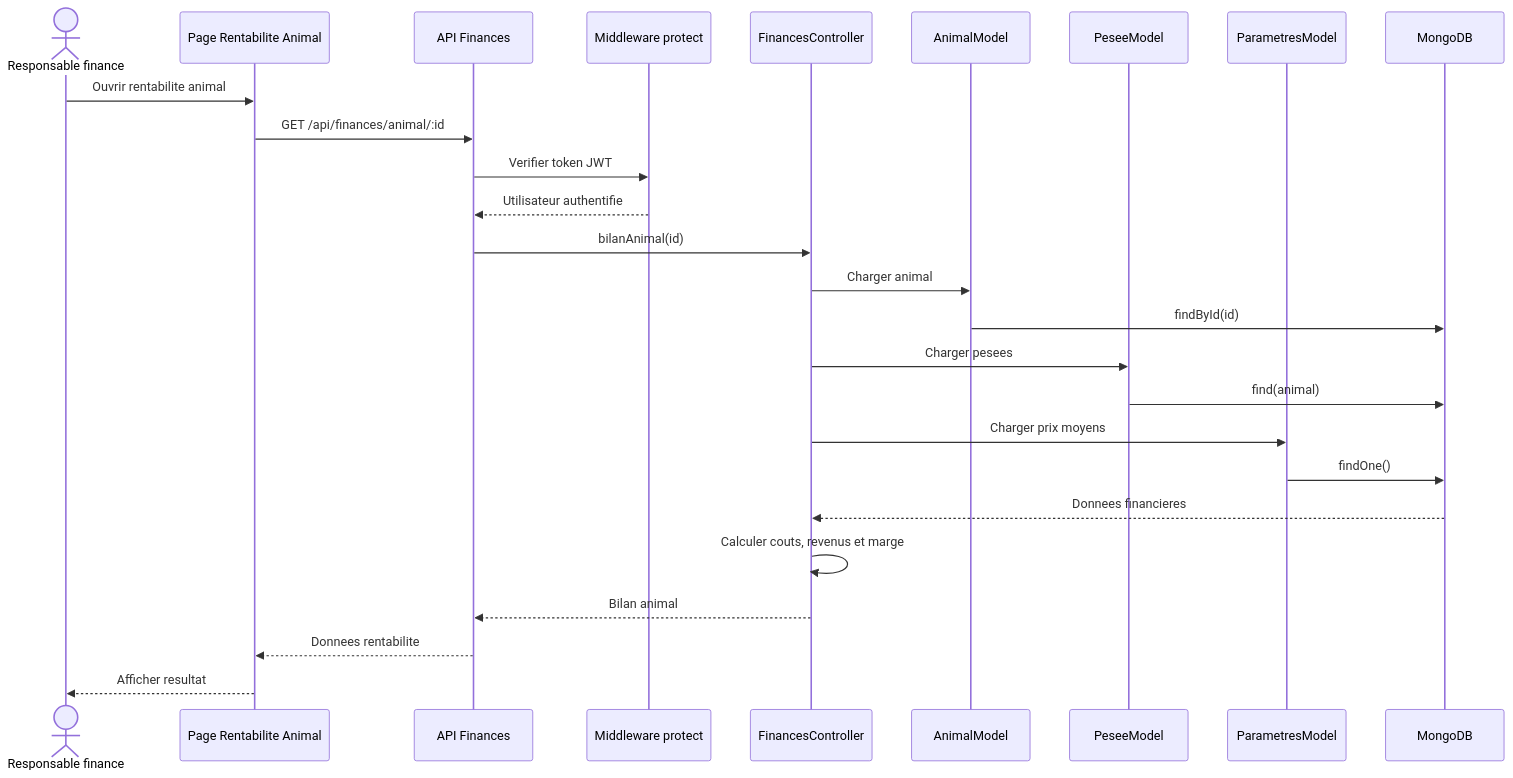
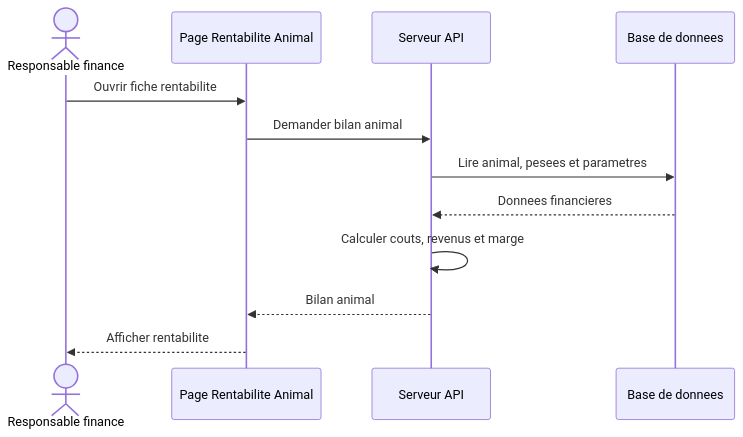
One commit to Youness-Ailal/bovins_cmc changed the diagram in tasks/hajar/sequence-finance-animal.md. Above: the diagram before and after it, drawn with Mermaid. The commit also changed 14 other files, not shown here.

````diff
--- a/tasks/hajar/sequence-finance-animal.md
+++ b/tasks/hajar/sequence-finance-animal.md
@@ -3,29 +3,15 @@
 ```mermaid
 sequenceDiagram
     actor Responsable as Responsable finance
-    participant Frontend as Page Rentabilite Animal
-    participant API as API Finances
-    participant Middleware as Middleware protect
-    participant Controller as FinancesController
-    participant Animal as AnimalModel
-    participant Pesee as PeseeModel
-    participant Parametres as ParametresModel
-    participant DB as MongoDB
+    participant Interface as Page Rentabilite Animal
+    participant Serveur as Serveur API
+    participant DB as Base de donnees
 
-    Responsable->>Frontend: Ouvrir rentabilite animal
-    Frontend->>API: GET /api/finances/animal/:id
-    API->>Middleware: Verifier token JWT
-    Middleware-->>API: Utilisateur authentifie
-    API->>Controller: bilanAnimal(id)
-    Controller->>Animal: Charger animal
-    Animal->>DB: findById(id)
-    Controller->>Pesee: Charger pesees
-    Pesee->>DB: find(animal)
-    Controller->>Parametres: Charger prix moyens
-    Parametres->>DB: findOne()
-    DB-->>Controller: Donnees financieres
-    Controller->>Controller: Calculer couts, revenus et marge
-    Controller-->>API: Bilan animal
-    API-->>Frontend: Donnees rentabilite
-    Frontend-->>Responsable: Afficher resultat
+    Responsable->>Interface: Ouvrir fiche rentabilite
+    Interface->>Serveur: Demander bilan animal
+    Serveur->>DB: Lire animal, pesees et parametres
+    DB-->>Serveur: Donnees financieres
+    Serveur->>Serveur: Calculer couts, revenus et marge
+    Serveur-->>Interface: Bilan animal
+    Interface-->>Responsable: Afficher rentabilite
 ```
````
